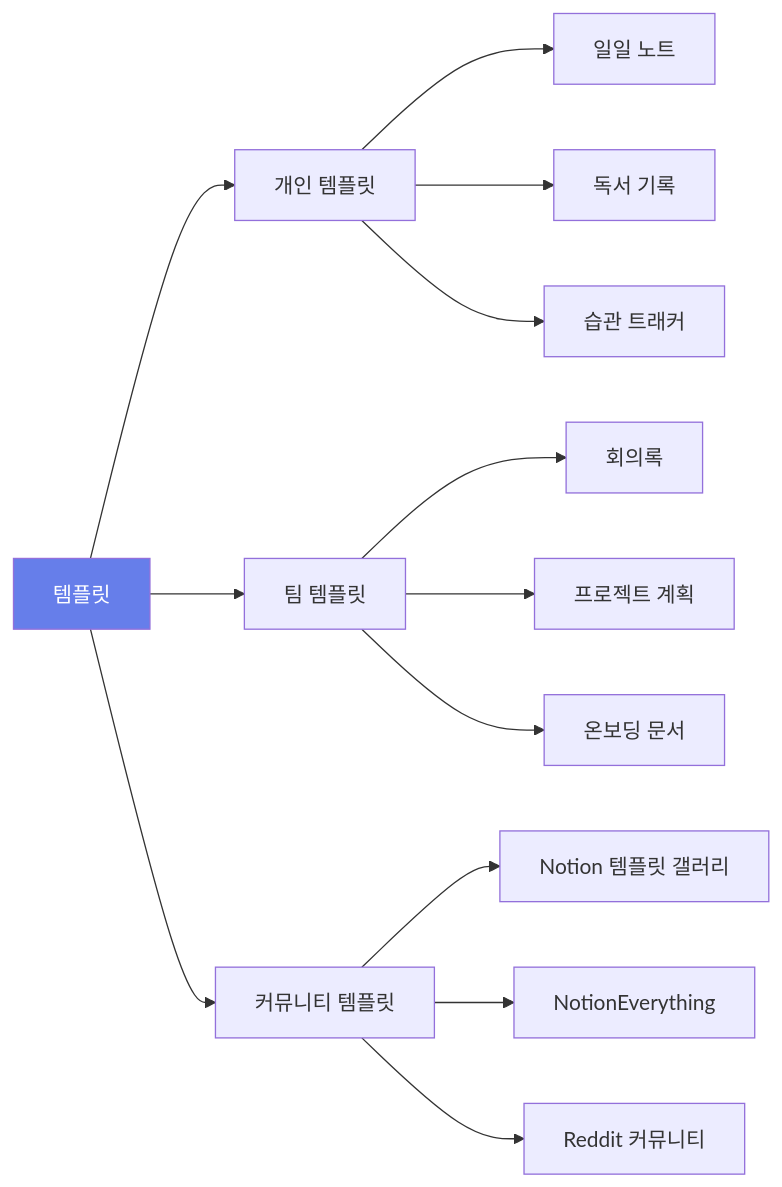
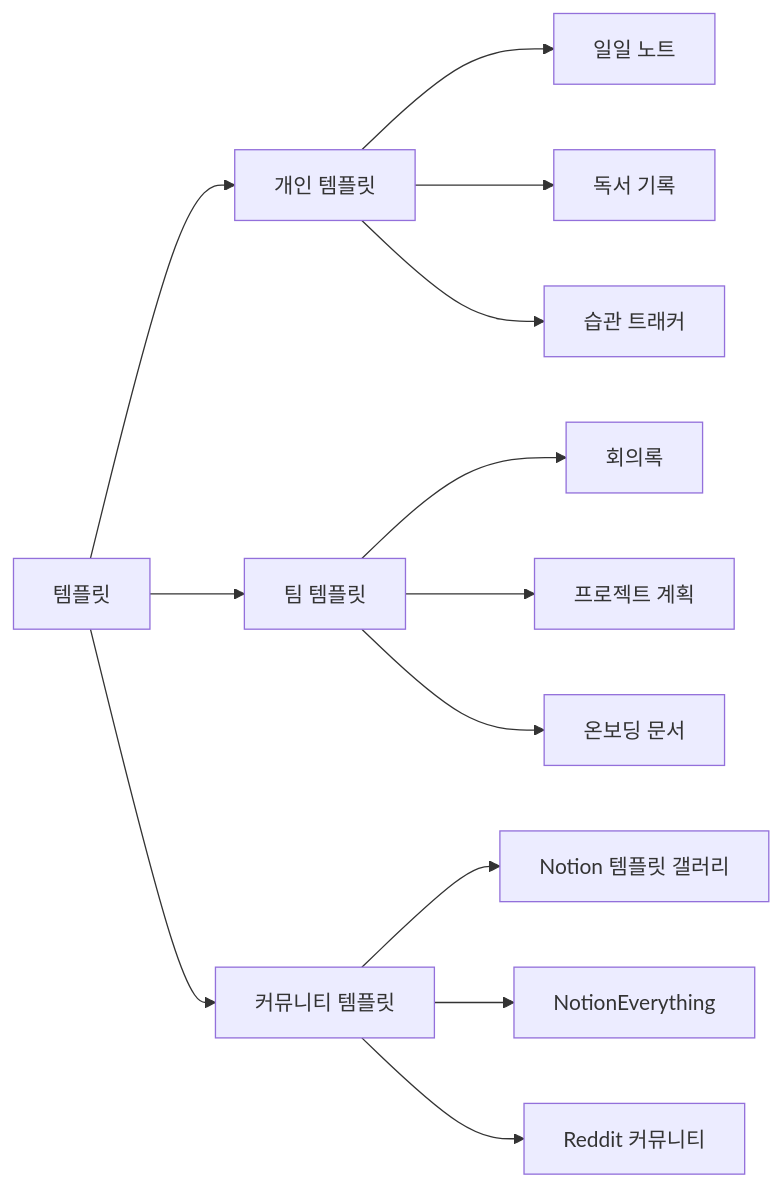
One commit to nugurejeil/weniVooks changed the fifth of 9 diagrams in _md/genai-notion/chapter06/06-1.md. Above: the diagram before and after it, drawn with Mermaid. The commit also changed other lines of this file and 187 other files, not shown here.

````diff
--- a/_md/genai-notion/chapter06/06-1.md
+++ b/_md/genai-notion/chapter06/06-1.md
@@ -190,20 +188,18 @@
 ```mermaid
 graph LR
     A[템플릿] --> B[개인 템플릿]
     A --> C[팀 템플릿]
     A --> D[커뮤니티 템플릿]
 
     B --> B1[일일 노트]
     B --> B2[독서 기록]
     B --> B3[습관 트래커]
 
     C --> C1[회의록]
     C --> C2[프로젝트 계획]
     C --> C3[온보딩 문서]
 
     D --> D1[Notion 템플릿 갤러리]
     D --> D2[NotionEverything]
     D --> D3[Reddit 커뮤니티]
-
-    style A fill:#667EEA,color:#fff
 ```
````
